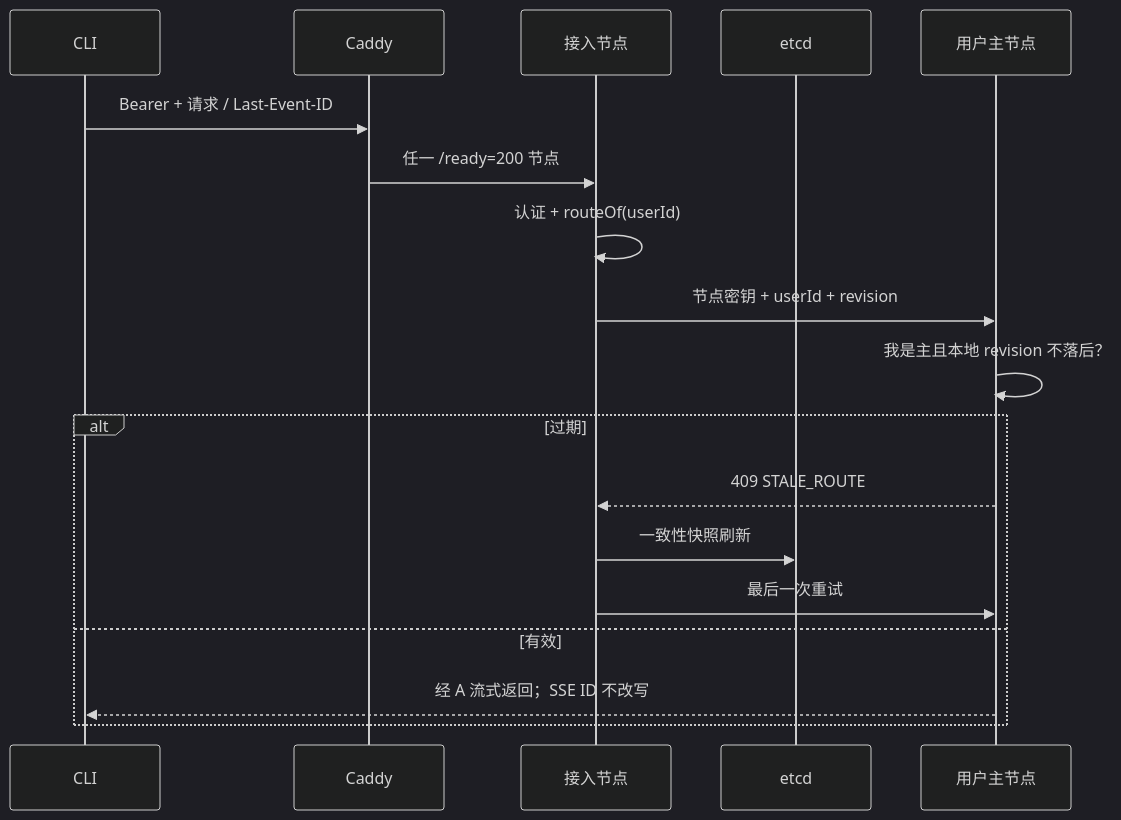
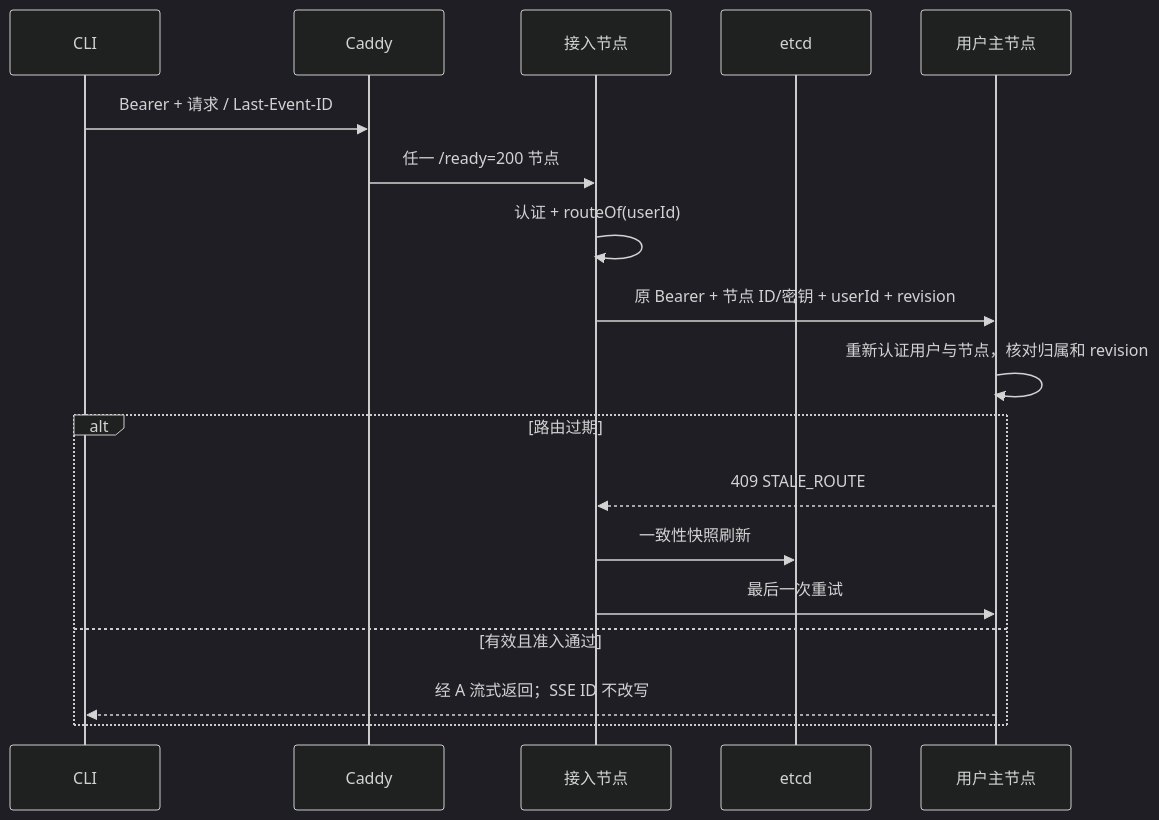
The first of 2 diagrams in stages/s17-sharding/docs/design.md (pengcong2020520/learn-codex-harness), drawn with Mermaid (dark theme) before and after one commit. The commit also changed other lines of this file and 10 other files, not shown here.

````diff
--- a/stages/s17-sharding/docs/design.md
+++ b/stages/s17-sharding/docs/design.md
@@ -7,20 +7,20 @@
 ```mermaid
 sequenceDiagram
   participant U as CLI
   participant C as Caddy
   participant A as 接入节点
   participant E as etcd
   participant B as 用户主节点
   U->>C: Bearer + 请求 / Last-Event-ID
   C->>A: 任一 /ready=200 节点
   A->>A: 认证 + routeOf(userId)
-  A->>B: 节点密钥 + userId + revision
-  B->>B: 我是主且本地 revision 不落后？
-  alt 过期
+  A->>B: 原 Bearer + 节点 ID/密钥 + userId + revision
+  B->>B: 重新认证用户与节点，核对归属和 revision
+  alt 路由过期
     B-->>A: 409 STALE_ROUTE
     A->>E: 一致性快照刷新
     A->>B: 最后一次重试
-  else 有效
+  else 有效且准入通过
     B-->>U: 经 A 流式返回；SSE ID 不改写
   end
 ```
````
